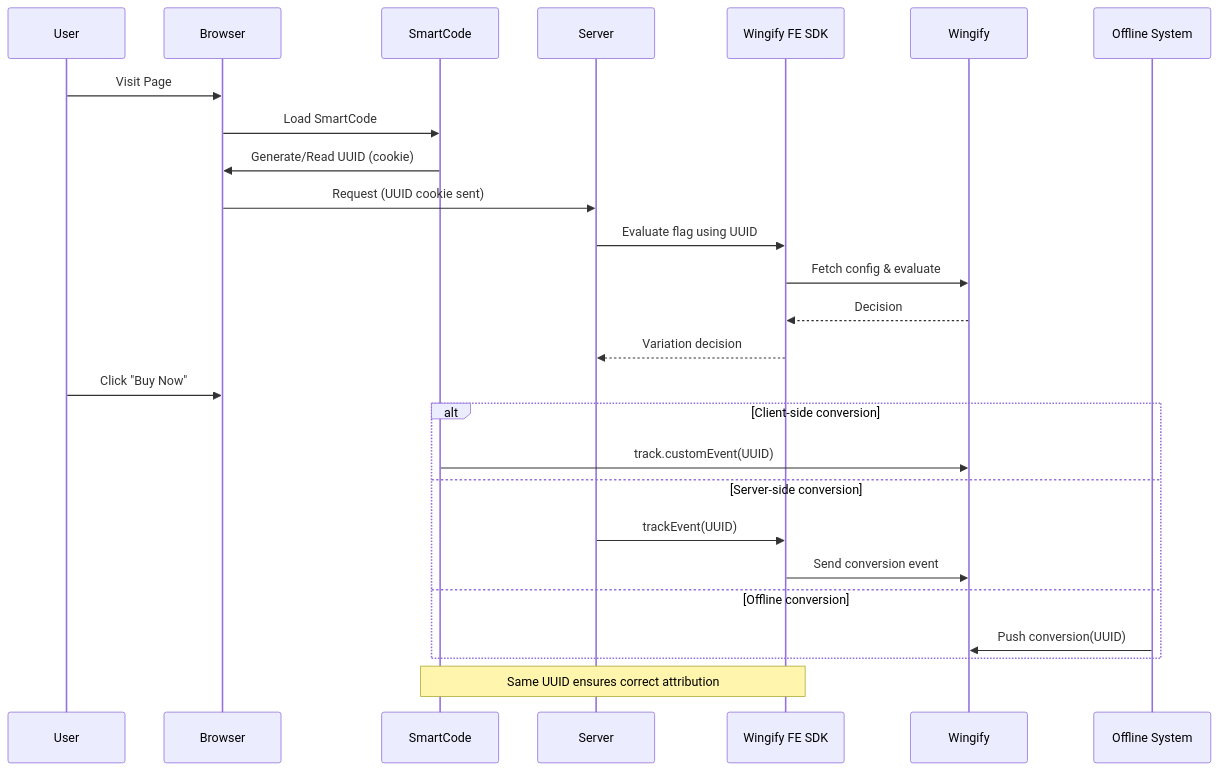
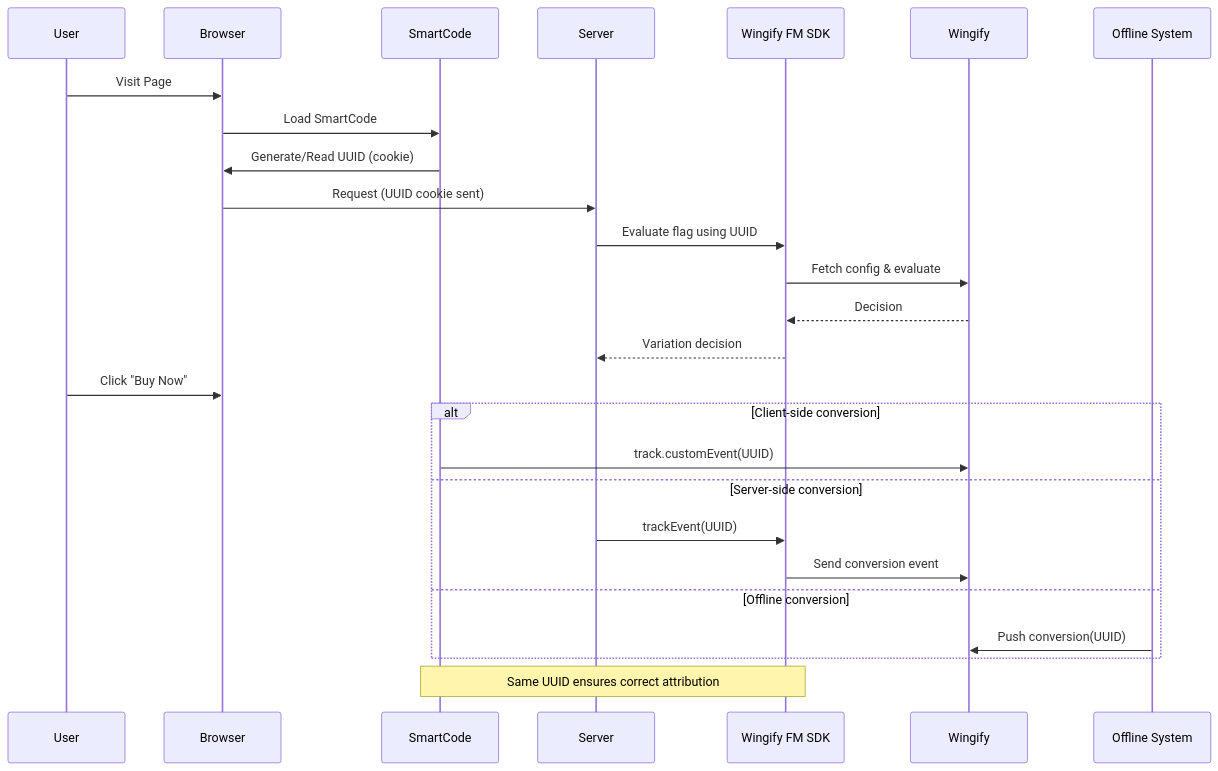
Before and after one commit to wingify/readme-central: the third of 3 diagrams in docs/Unified Experimentation/fme-unified-experimentation-conversion-tracking.md, drawn with Mermaid. The commit also changed other lines of this file and 192 other files, not shown here.

````diff
--- a/docs/Unified Experimentation/fme-unified-experimentation-conversion-tracking.md
+++ b/docs/Unified Experimentation/fme-unified-experimentation-conversion-tracking.md
@@ -220,33 +220,33 @@
 ```mermaid
 sequenceDiagram
     participant User
     participant Browser
     participant SmartCode
     participant Server
-    participant FE_SDK as Wingify FE SDK
+    participant FM_SDK as Wingify FM SDK
     participant Wingify
     participant Data360 as Offline System
 
     User->>Browser: Visit Page
     Browser->>SmartCode: Load SmartCode
     SmartCode->>Browser: Generate/Read UUID (cookie)
 
     Browser->>Server: Request (UUID cookie sent)
-    Server->>FE_SDK: Evaluate flag using UUID
-    FE_SDK->>Wingify: Fetch config & evaluate
-    Wingify-->>FE_SDK: Decision
-    FE_SDK-->>Server: Variation decision
+    Server->>FM_SDK: Evaluate flag using UUID
+    FM_SDK->>Wingify: Fetch config & evaluate
+    Wingify-->>FM_SDK: Decision
+    FM_SDK-->>Server: Variation decision
 
     User->>Browser: Click "Buy Now"
 
     alt Client-side conversion
         SmartCode->>Wingify: track.customEvent(UUID)
     else Server-side conversion
-        Server->>FE_SDK: trackEvent(UUID)
-        FE_SDK->>Wingify: Send conversion event
+        Server->>FM_SDK: trackEvent(UUID)
+        FM_SDK->>Wingify: Send conversion event
     else Offline conversion
         Data360->>Wingify: Push conversion(UUID)
     end
 
-    Note over SmartCode,FE_SDK: Same UUID ensures correct attribution
+    Note over SmartCode,FM_SDK: Same UUID ensures correct attribution
 ```
````
